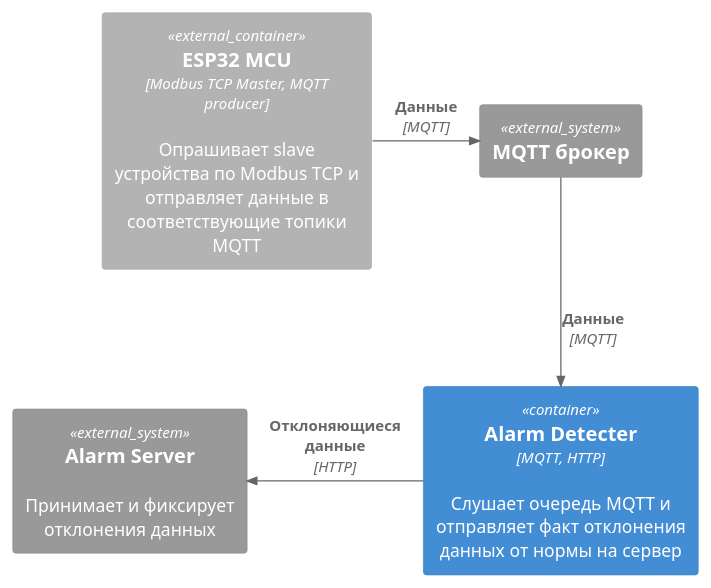
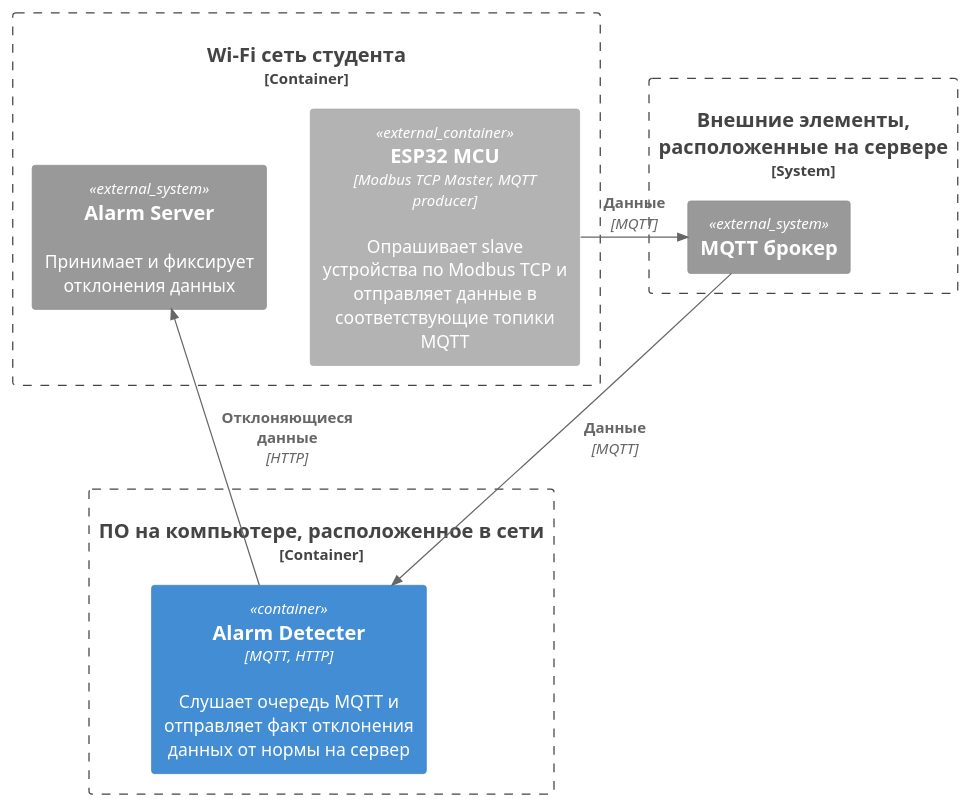
Before and after one commit to khudaibirdin/university: the diagram in atpp_programming/labs/lab_4/static/sceme.puml, drawn with PlantUML. The commit also changed 3 other files, not shown here.

Commit message:
поправка схем

```diff
--- a/atpp_programming/labs/lab_4/static/sceme.puml
+++ b/atpp_programming/labs/lab_4/static/sceme.puml
@@ -1,12 +1,20 @@
 @startuml Scheme
-!include  https://raw.githubusercontent.com/plantuml-stdlib/C4-PlantUML/master/C4_Container.puml
+!include <C4/C4_Container>
 
-Container_Ext(esp32, "ESP32 MCU", "Modbus TCP Master, MQTT producer", "Опрашивает slave устройства по Modbus TCP и отправляет данные в соответствующие топики MQTT")
-System_Ext(mqtt, "MQTT брокер")
-Container(alarm_detecter, "Alarm Detecter", "MQTT, HTTP", "Слушает очередь MQTT и отправляет факт отклонения данных от нормы на сервер")
-System_Ext(alarm_server, "Alarm Server", "Принимает и фиксирует отклонения данных")
+Container_Boundary(esp32_area, "Wi-Fi сеть студента"){
+    Container_Ext(esp32, "ESP32 MCU", "Modbus TCP Master, MQTT producer", "Опрашивает slave устройства по Modbus TCP и отправляет данные в соответствующие топики MQTT")
+    System_Ext(alarm_server, "Alarm Server", "Принимает и фиксирует отклонения данных")
+}
+
+System_Boundary(nodes_area, "Внешние элементы,\nрасположенные на сервере"){
+    System_Ext(mqtt, "MQTT брокер")
+}
+
+Container_Boundary(programm_area, "ПО на компьютере, расположенное в сети"){
+    Container(alarm_detecter, "Alarm Detecter", "MQTT, HTTP", "Слушает очередь MQTT и отправляет факт отклонения данных от нормы на сервер")
+}
 
 Rel_R(esp32, mqtt, "Данные", "MQTT")
 Rel(mqtt, alarm_detecter, "Данные", "MQTT")
 Rel_L(alarm_detecter, alarm_server, "Отклоняющиеся данные", "HTTP")
 @enduml
```
